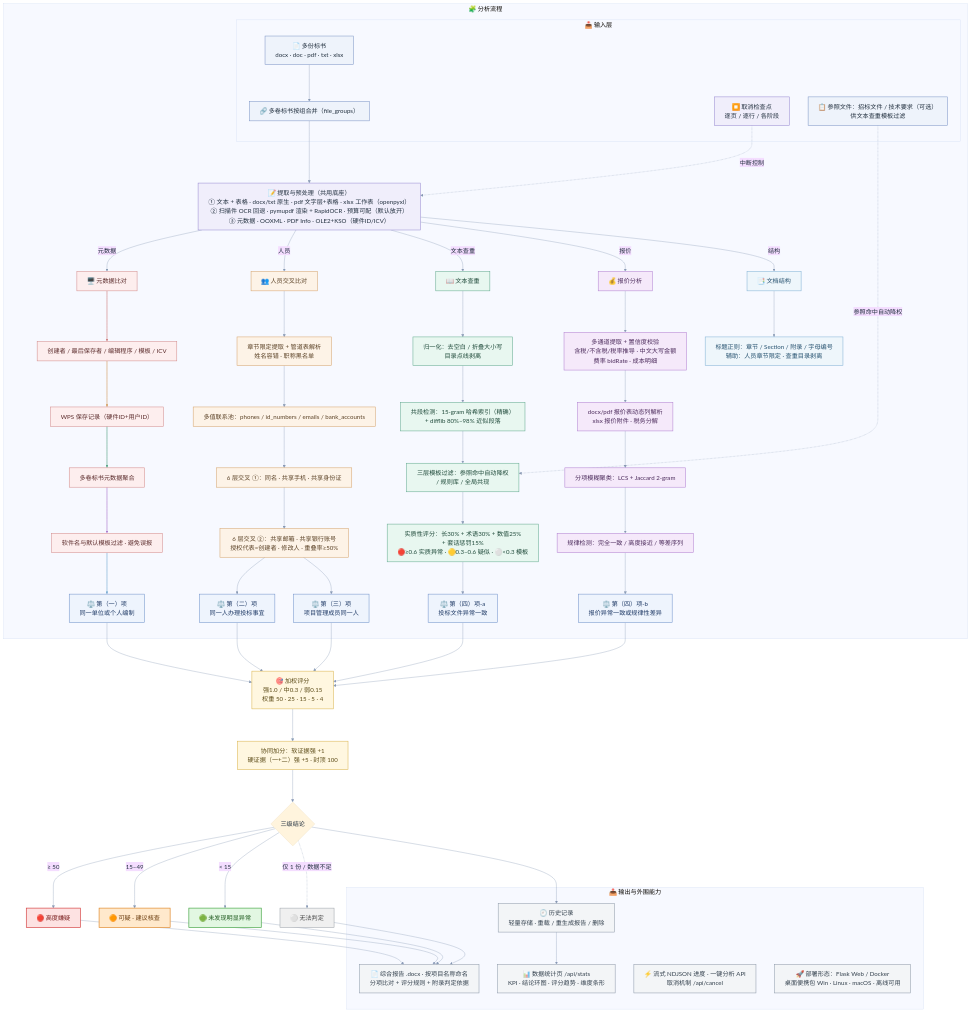
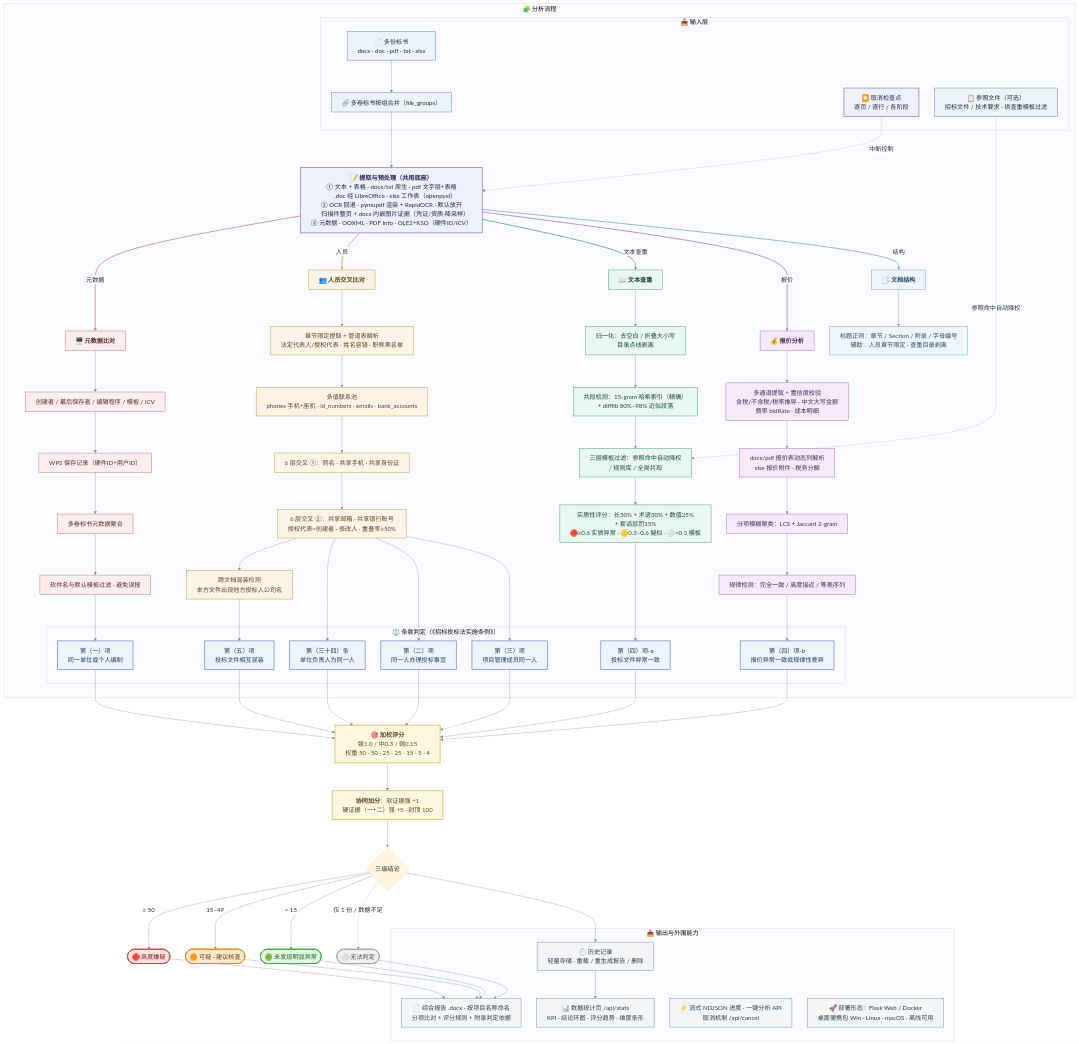
One commit to yjiao286/xingyicha changed the diagram in output/整体流程图mermaid.md. Above: the diagram before and after it, drawn with Mermaid. The commit also changed 2 other files, not shown here.

Commit message:
docs: 整体流程图重绘，对齐 v2.1.1 判定逻辑
- 条款判定 5→7 条：新增第（三十四）条（单位负责人同一人，权重50）
  与第（五）项（投标文件混装，权重25），权重串更新为 50·50·25·25·15·5·4
- 人员分支补混装检测节点；联系池标注手机+座机；提取补法定代表人/授权代表
- 提取底座补 .doc 经 LibreOffice 与 docx 内嵌图片证据 OCR
- 版式重画：条款归组簇、分支表头加粗、结论胶囊形、修正长行折行

````diff
--- a/output/整体流程图mermaid.md
+++ b/output/整体流程图mermaid.md
@@ -1,87 +1,97 @@
 ```mermaid
-%%{init: {"theme":"base","themeVariables":{"fontFamily":"PingFang SC, Microsoft YaHei, sans-serif","fontSize":"18px","lineColor":"#8a9bb5","primaryTextColor":"#22303f"},"flowchart":{"nodeSpacing":55,"rankSpacing":95,"curve":"basis","htmlLabels":true,"markdownAutoWrap":false,"wrappingWidth":600}}}%%
+%%{init: {"theme":"base","themeVariables":{"fontFamily":"PingFang SC, Hiragino Sans GB, Microsoft YaHei, sans-serif","fontSize":"18px","lineColor":"#7d8da3","primaryTextColor":"#1e2c3c","edgeLabelBackground":"#ffffff","clusterBkg":"#fafbfe","clusterBorder":"#c6d2e2"},"flowchart":{"nodeSpacing":46,"rankSpacing":82,"curve":"basis","htmlLabels":true,"markdownAutoWrap":false,"wrappingWidth":600}}}%%
 flowchart TD
     subgraph ANALYSIS["🧩 分析流程"]
         subgraph IN["📥 输入层"]
             A["📄 多份标书<br/>docx · doc · pdf · txt · xlsx"]
             A1["🔗 多卷标书按组合并（file_groups）"]
             C3["⏹️ 取消检查点<br/>逐页 / 逐行 / 各阶段"]
-            B["📋 参照文件：招标文件 / 技术要求（可选）<br/>供文本查重模板过滤"]
+            B["📋 参照文件（可选）<br/>招标文件 / 技术要求 · 供查重模板过滤"]
         end
         A --> A1
         A1 --> C
         C3 -. "中断控制" .-> C
         B -. "参照命中自动降权" .-> T3
-        C["📝 提取与预处理（共用底座）<br/>① 文本 + 表格 · docx/txt 原生 · pdf 文字层+表格 · xlsx 工作表（openpyxl）<br/>② 扫描件 OCR 回退 · pymupdf 渲染 + RapidOCR · 预算可配（默认放开）<br/>③ 元数据 · OOXML · PDF Info · OLE2+KSO（硬件ID/ICV）"]
+        C["<b>📝 提取与预处理（共用底座）</b><br/>① 文本 + 表格 · docx/txt 原生 · pdf 文字层+表格<br/>　 .doc 经 LibreOffice · xlsx 工作表（openpyxl）<br/>② OCR 回退 · pymupdf 渲染 + RapidOCR · 默认放开<br/>　 扫描件整页 + docx 内嵌图片证据（凭证/资质·降采样）<br/>③ 元数据 · OOXML · PDF Info · OLE2+KSO（硬件ID/ICV）"]
 
-        M0["🖥️ 元数据比对"]
+        M0["<b>🖥️ 元数据比对</b>"]
         M1["创建者 / 最后保存者 / 编辑程序 / 模板 / ICV"]
         M2["WPS 保存记录（硬件ID+用户ID）"]
         M2b["多卷标书元数据聚合"]
         M3["软件名与默认模板过滤 · 避免误报"]
-        CL1["⚖️ 第（一）项<br/>同一单位或个人编制"]
-        M0 --> M1
-        M1 --> M2
-        M2 --> M2b
-        M2b --> M3
-        M3 --> CL1
 
-        P0["👥 人员交叉比对"]
-        P1["章节限定提取 + 管道表解析<br/>姓名容错 · 职称黑名单"]
-        P2["多值联系池：phones / id_numbers / emails / bank_accounts"]
+        P0["<b>👥 人员交叉比对</b>"]
+        P1["章节限定提取 + 管道表解析<br/>法定代表人/授权代表 · 姓名容错 · 职称黑名单"]
+        P2["多值联系池<br/>phones 手机+座机 · id_numbers · emails · bank_accounts"]
         P3["6 层交叉 ①：同名 · 共享手机 · 共享身份证"]
         P4["6 层交叉 ②：共享邮箱 · 共享银行账号<br/>授权代表=创建者 · 修改人 · 重叠率≥50%"]
-        CL2["⚖️ 第（二）项<br/>同一人办理投标事宜"]
-        CL3["⚖️ 第（三）项<br/>项目管理成员同一人"]
-        P0 --> P1
-        P1 --> P2
-        P2 --> P3
-        P3 --> P4
-        P4 --> CL2
-        P4 --> CL3
+        P5["跨文档混装检测<br/>本方文件出现他方投标人公司名"]
 
-        T0["📖 文本查重"]
+        T0["<b>📖 文本查重</b>"]
         T1["归一化：去空白 / 折叠大小写<br/>目录点线剥离"]
         T2["共段检测：15-gram 哈希索引（精确）<br/>+ difflib 80%–98% 近似段落"]
         T3["三层模板过滤：参照命中自动降权<br/>/ 规则库 / 全局共现"]
         T4["实质性评分：长30% + 术语30% + 数值25%<br/>+ 套话惩罚15%<br/>🔴≥0.6 实质异常 · 🟡0.3–0.6 疑似 · ⚪&lt;0.3 模板"]
-        CL4["⚖️ 第（四）项-a<br/>投标文件异常一致"]
-        T0 --> T1
-        T1 --> T2
-        T2 --> T3
-        T3 --> T4
-        T4 --> CL4
 
-        R0["💰 报价分析"]
+        R0["<b>💰 报价分析</b>"]
         R1["多通道提取 + 置信度校验<br/>含税/不含税/税率推导 · 中文大写金额<br/>费率 bidRate · 成本明细"]
         R2["docx/pdf 报价表动态列解析<br/>xlsx 报价附件 · 税务分解"]
         R3["分项模糊聚类：LCS + Jaccard 2-gram"]
         R4["规律检测：完全一致 / 高度接近 / 等差序列"]
-        CL5["⚖️ 第（四）项-b<br/>报价异常一致或规律性差异"]
-        R0 --> R1
-        R1 --> R2
-        R2 --> R3
-        R3 --> R4
-        R4 --> CL5
 
-        S0["📑 文档结构"]
+        S0["<b>📑 文档结构</b>"]
         S1["标题正则：章节 / Section / 附录 / 字母编号<br/>辅助：人员章节限定 · 查重目录剥离"]
-        S0 --> S1
+
+        subgraph CLAUSES["⚖️ 条款判定（《招标投标法实施条例》）"]
+            CL34["第（三十四）条<br/>单位负责人为同一人"]
+            CL1["第（一）项<br/>同一单位或个人编制"]
+            CL2["第（二）项<br/>同一人办理投标事宜"]
+            CL3["第（三）项<br/>项目管理成员同一人"]
+            CL5["第（五）项<br/>投标文件相互混装"]
+            CL4A["第（四）项-a<br/>投标文件异常一致"]
+            CL4B["第（四）项-b<br/>报价异常一致或规律性差异"]
+        end
 
         C -- "元数据" --> M0
         C -- "人员" --> P0
         C -- "文本查重" --> T0
         C -- "报价" --> R0
         C -- "结构" --> S0
+        M0 --> M1
+        M1 --> M2
+        M2 --> M2b
+        M2b --> M3
+        P0 --> P1
+        P1 --> P2
+        P2 --> P3
+        P3 --> P4
+        P4 --> P5
+        T0 --> T1
+        T1 --> T2
+        T2 --> T3
+        T3 --> T4
+        R0 --> R1
+        R1 --> R2
+        R2 --> R3
+        R3 --> R4
+        S0 --> S1
     end
 
-    CL1 & CL2 & CL3 & CL4 & CL5 --> SC["🎯 加权评分<br/>强1.0 / 中0.3 / 弱0.15<br/>权重 50 · 25 · 15 · 5 · 4"]
-    SC --> SY["协同加分：软证据强 +1<br/>硬证据（一+二）强 +5 · 封顶 100"]
+    M3 --> CL1
+    P4 --> CL34
+    P4 --> CL2
+    P4 --> CL3
+    P5 --> CL5
+    T4 --> CL4A
+    R4 --> CL4B
+
+    CL1 & CL34 & CL2 & CL3 & CL5 & CL4A & CL4B --> SC["<b>🎯 加权评分</b><br/>强1.0 / 中0.3 / 弱0.15<br/>权重 50 · 50 · 25 · 25 · 15 · 5 · 4"]
+    SC --> SY["<b>协同加分</b>：软证据强 +1<br/>硬证据（一+二）强 +5 · 封顶 100"]
     SY --> V{"三级结论"}
-    V -->|"≥ 50"| H["🔴 高度嫌疑"]
-    V -->|"15–49"| ME["🟠 可疑 · 建议核查"]
-    V -->|"&lt; 15"| L["🟢 未发现明显异常"]
-    V -.->|"仅 1 份 / 数据不足"| U["⚪ 无法判定"]
+    V -->|"≥ 50"| H(["🔴 高度嫌疑"])
+    V -->|"15–49"| ME(["🟠 可疑 · 建议核查"])
+    V -->|"&lt; 15"| L(["🟢 未发现明显异常"])
+    V -.->|"仅 1 份 / 数据不足"| U(["⚪ 无法判定"])
 
     subgraph OUT["📤 输出与外围能力"]
         O1["📄 综合报告 .docx · 按项目名称命名<br/>分项比对 + 评分规则 + 附录判定依据"]
@@ -94,34 +104,34 @@
     V --> O2
     O2 --> O3
 
-    linkStyle 4 stroke:#d28a8a,stroke-width:2px
-    linkStyle 5 stroke:#d4a26a,stroke-width:2px
-    linkStyle 6 stroke:#5fa88c,stroke-width:2px
-    linkStyle 7 stroke:#b07fd0,stroke-width:2px
-    linkStyle 8 stroke:#7fb0d4,stroke-width:2px
+    linkStyle 4 stroke:#d28a8a,stroke-width:2.5px
+    linkStyle 5 stroke:#d4a26a,stroke-width:2.5px
+    linkStyle 6 stroke:#5fa88c,stroke-width:2.5px
+    linkStyle 7 stroke:#b07fd0,stroke-width:2.5px
+    linkStyle 8 stroke:#7fb0d4,stroke-width:2.5px
 
-    classDef inp fill:#eef3fb,stroke:#7b93c4,stroke-width:1.5px,color:#22303f
-    classDef ext fill:#f0eefb,stroke:#9688d0,stroke-width:1.5px,color:#22303f
-    classDef md fill:#fdeeee,stroke:#d28a8a,stroke-width:1.5px,color:#5b2b2b
-    classDef ps fill:#fdf3e7,stroke:#d4a26a,stroke-width:1.5px,color:#5b4226
-    classDef tx fill:#e8f7f0,stroke:#5fa88c,stroke-width:1.5px,color:#1f4a3a
-    classDef pr fill:#f5e9fa,stroke:#b07fd0,stroke-width:1.5px,color:#4b2a5b
-    classDef st fill:#eef6fb,stroke:#7fb0d4,stroke-width:1.5px,color:#24506e
-    classDef cl fill:#eef4fd,stroke:#6d8fc9,stroke-width:1.5px,color:#1f3a66
-    classDef sc fill:#fff7e0,stroke:#d9b24a,stroke-width:1.5px,color:#5b4a16
-    classDef hi fill:#fde2e2,stroke:#d64545,stroke-width:2px,color:#7a1f1f
-    classDef me fill:#ffe9cc,stroke:#e08a2e,stroke-width:2px,color:#6b3d0f
-    classDef lo fill:#e2f7e2,stroke:#4aa84a,stroke-width:2px,color:#1f5b1f
-    classDef un fill:#f0f0f0,stroke:#9aa0a8,stroke-width:1.5px,color:#444
-    classDef out fill:#f3f5f7,stroke:#8b98a8,stroke-width:1.5px,color:#33404d
+    classDef inp fill:#edf3fb,stroke:#6f8ac2,stroke-width:1.5px,color:#1e2c3c
+    classDef ext fill:#eef0fb,stroke:#8677cf,stroke-width:2px,color:#2a2350
+    classDef md fill:#fdeeee,stroke:#cc7b7b,stroke-width:1.5px,color:#572a2a
+    classDef ps fill:#fdf3e7,stroke:#cf9c58,stroke-width:1.5px,color:#574224
+    classDef tx fill:#e8f7f0,stroke:#57a385,stroke-width:1.5px,color:#1e4636
+    classDef pr fill:#f5e9fa,stroke:#a97ac8,stroke-width:1.5px,color:#472858
+    classDef st fill:#eef6fb,stroke:#78a9cf,stroke-width:1.5px,color:#224b69
+    classDef cl fill:#eef4fd,stroke:#6689c4,stroke-width:2px,color:#1d3861
+    classDef sc fill:#fff7e0,stroke:#d0ac42,stroke-width:2px,color:#574813
+    classDef hi fill:#fde2e2,stroke:#d64545,stroke-width:2.5px,color:#7a1f1f
+    classDef me fill:#ffe9cc,stroke:#e08a2e,stroke-width:2.5px,color:#6b3d0f
+    classDef lo fill:#e2f7e2,stroke:#4aa84a,stroke-width:2.5px,color:#1f5b1f
+    classDef un fill:#f0f0f0,stroke:#9aa0a8,stroke-width:2px,color:#444
+    classDef out fill:#f3f5f7,stroke:#8494a6,stroke-width:1.5px,color:#2e3a47
     class A,A1,B inp
     class C,C3 ext
     class M0,M1,M2,M2b,M3 md
-    class P0,P1,P2,P3,P4 ps
+    class P0,P1,P2,P3,P4,P5 ps
     class T0,T1,T2,T3,T4 tx
     class R0,R1,R2,R3,R4 pr
     class S0,S1 st
-    class CL1,CL2,CL3,CL4,CL5 cl
+    class CL34,CL1,CL2,CL3,CL5,CL4A,CL4B cl
     class SC,SY sc
     class H hi
     class ME me
````
